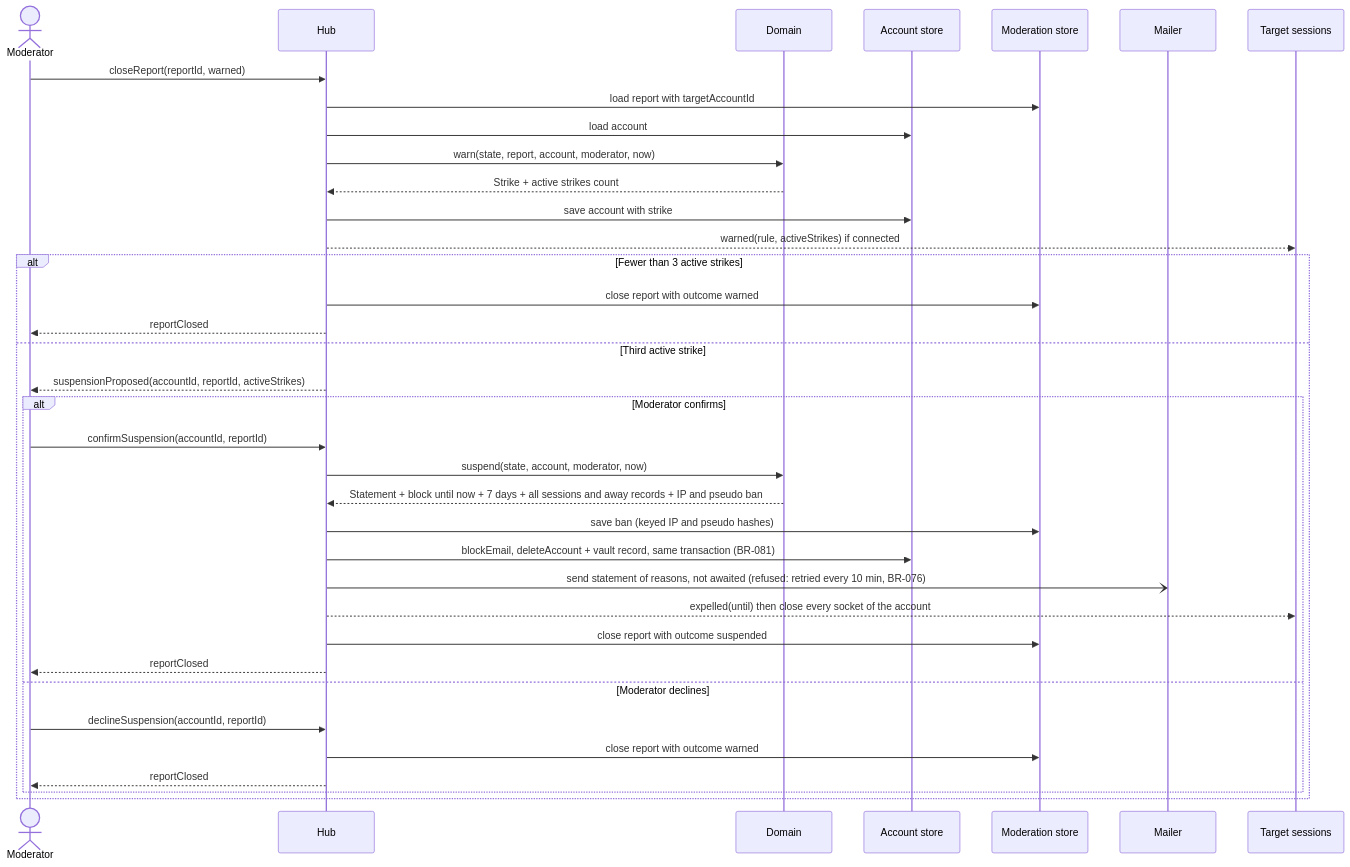
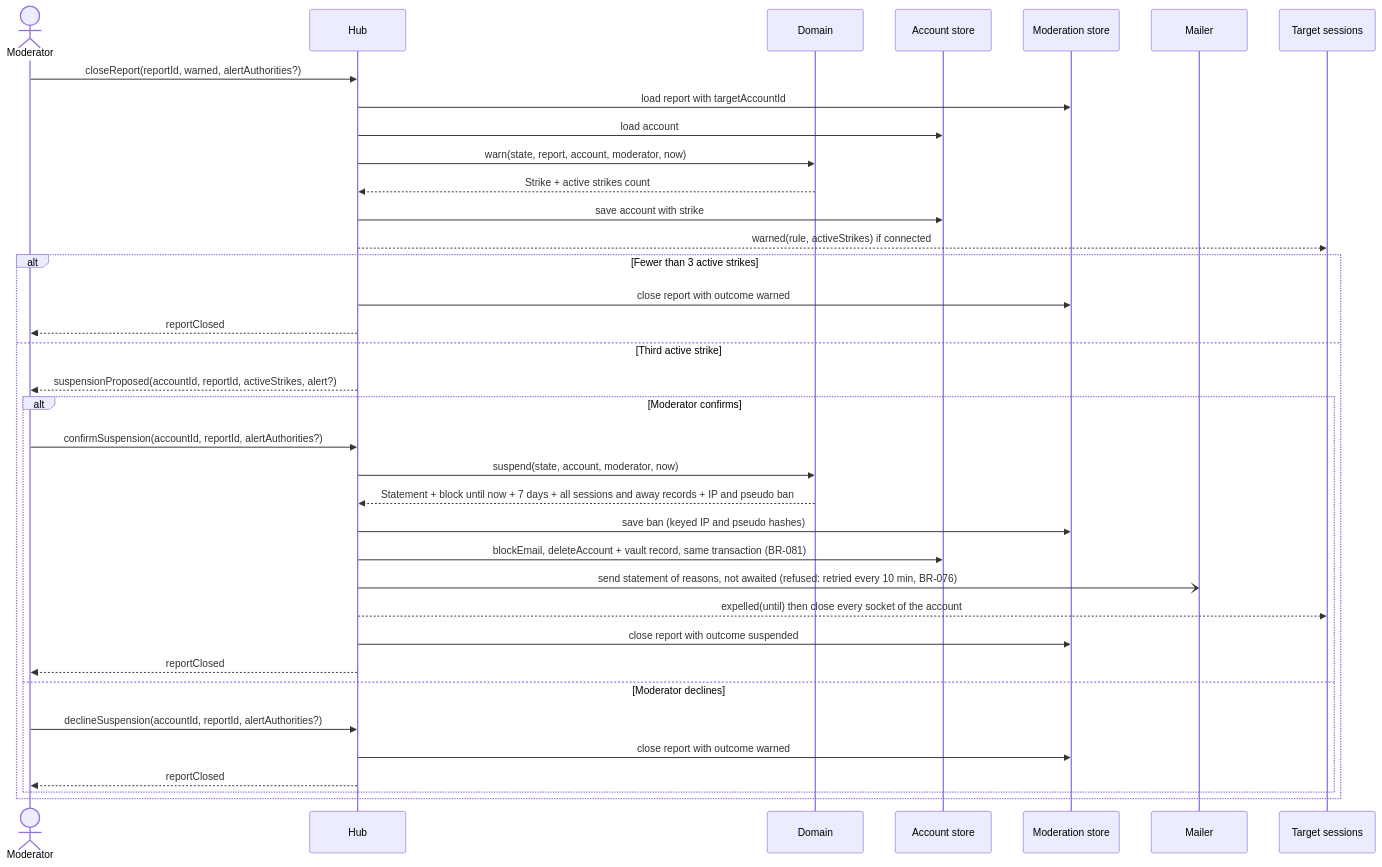
One commit to benoit-bremaud/asv changed the diagram in docs/architecture/diagrams/moderation/02d-sequence-warn-and-suspend.md. Above: the diagram before and after it, drawn with Mermaid. The commit also changed 44 other files, not shown here.

````diff
--- a/docs/architecture/diagrams/moderation/02d-sequence-warn-and-suspend.md
+++ b/docs/architecture/diagrams/moderation/02d-sequence-warn-and-suspend.md
@@ -15,38 +15,38 @@
 ```mermaid
 sequenceDiagram
   actor M as Moderator
   participant H as Hub
   participant D as Domain
   participant AS as Account store
   participant ST as Moderation store
   participant ML as Mailer
   participant T as Target sessions
-  M->>H: closeReport(reportId, warned)
+  M->>H: closeReport(reportId, warned, alertAuthorities?)
   H->>ST: load report with targetAccountId
   H->>AS: load account
   H->>D: warn(state, report, account, moderator, now)
   D-->>H: Strike + active strikes count
   H->>AS: save account with strike
   H-->>T: warned(rule, activeStrikes) if connected
   alt Fewer than 3 active strikes
     H->>ST: close report with outcome warned
     H-->>M: reportClosed
   else Third active strike
-    H-->>M: suspensionProposed(accountId, reportId, activeStrikes)
+    H-->>M: suspensionProposed(accountId, reportId, activeStrikes, alert?)
     alt Moderator confirms
-      M->>H: confirmSuspension(accountId, reportId)
+      M->>H: confirmSuspension(accountId, reportId, alertAuthorities?)
       H->>D: suspend(state, account, moderator, now)
       D-->>H: Statement + block until now + 7 days + all sessions and away records + IP and pseudo ban
       H->>ST: save ban (keyed IP and pseudo hashes)
       H->>AS: blockEmail, deleteAccount + vault record, same transaction (BR-081)
       H-)ML: send statement of reasons, not awaited (refused: retried every 10 min, BR-076)
       H-->>T: expelled(until) then close every socket of the account
       H->>ST: close report with outcome suspended
       H-->>M: reportClosed
     else Moderator declines
-      M->>H: declineSuspension(accountId, reportId)
+      M->>H: declineSuspension(accountId, reportId, alertAuthorities?)
       H->>ST: close report with outcome warned
       H-->>M: reportClosed
     end
   end
 ```
````
